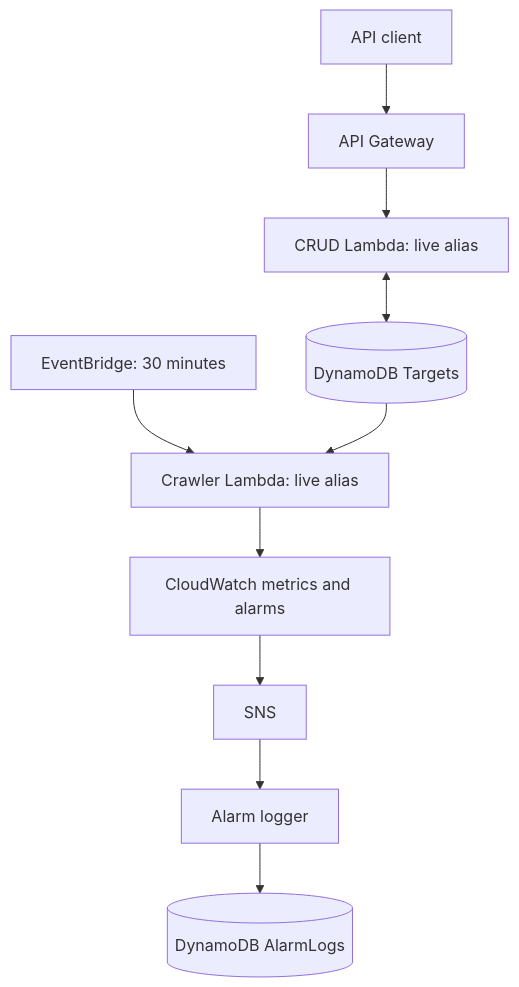
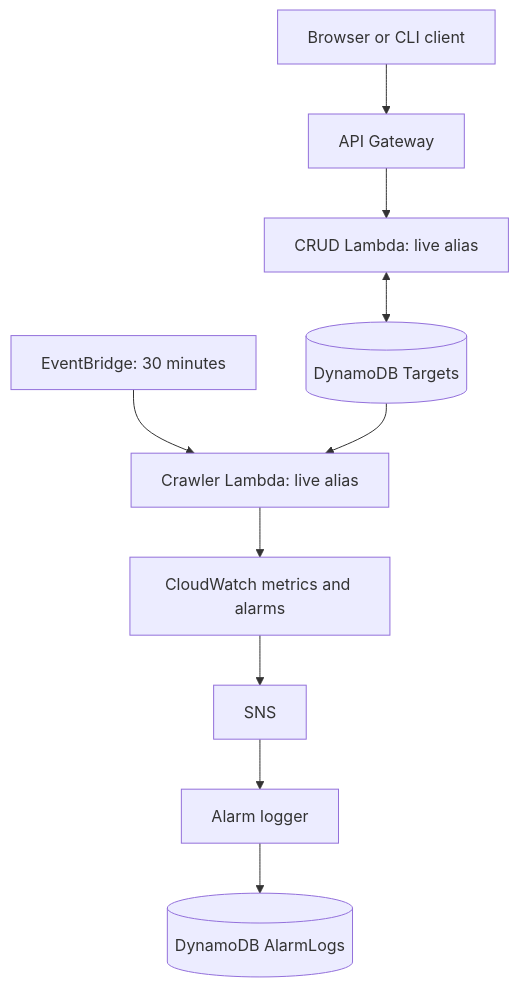
Before and after one commit to Vshydzai/WSU2026: the diagram in README.md, drawn with Mermaid. The commit also changed other lines of this file and 11 other files, not shown here.

```diff
--- a/README.md
+++ b/README.md
@@ -11,12 +11,12 @@
 ~~~mermaid
 flowchart TD
-    Client["API client"] --> API["API Gateway"]
+    Client["Browser or CLI client"] --> API["API Gateway"]
     API --> CRUD["CRUD Lambda: live alias"]
     CRUD <--> Targets[("DynamoDB Targets")]
     Schedule["EventBridge: 30 minutes"] --> Crawler["Crawler Lambda: live alias"]
     Targets --> Crawler
     Crawler --> CW["CloudWatch metrics and alarms"]
     CW --> SNS["SNS"]
     SNS --> Logger["Alarm logger"]
     Logger --> History[("DynamoDB AlarmLogs")]
 ~~~
```
